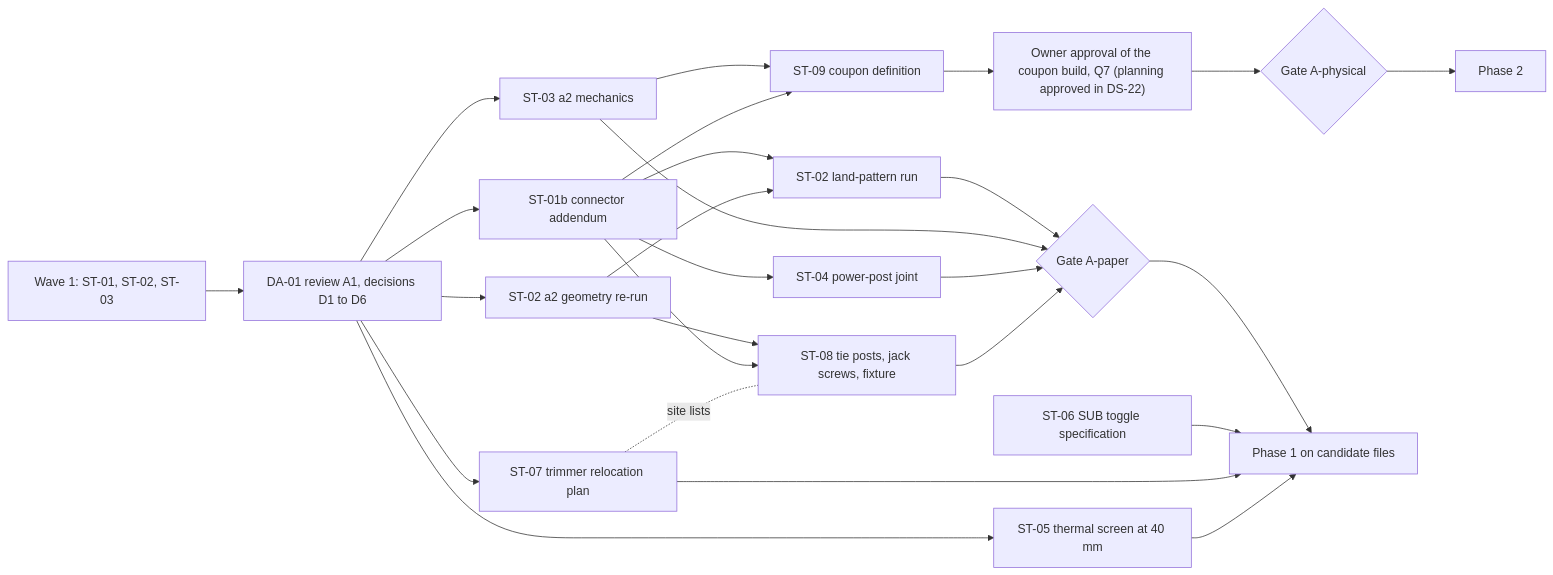
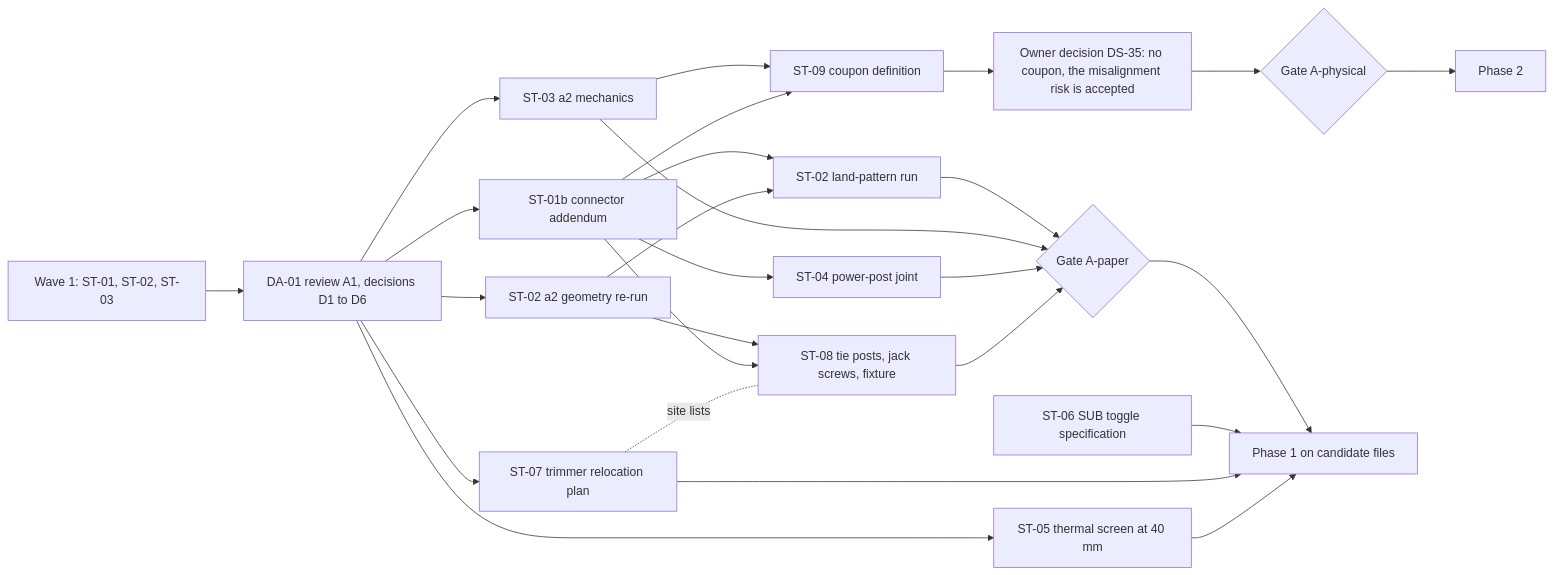
The diagram in circuit/orchestration/campaigns/osc-stack-20261114/plan.md (Takazudo/zudo-osc-hole-field), drawn with Mermaid before and after one commit. The commit also changed other lines of this file and 2 other files, not shown here.

First line of the commit message:
orchestration: record the owner's decisions on the test board and flex PCB, raise design review A3

````diff
--- a/circuit/orchestration/campaigns/osc-stack-20261114/plan.md
+++ b/circuit/orchestration/campaigns/osc-stack-20261114/plan.md
@@ -60,28 +60,28 @@
 ```mermaid
 flowchart LR
   W1["Wave 1: ST-01, ST-02, ST-03"] --> DA01["DA-01 review A1, decisions D1 to D6"]
   DA01 --> ST01b["ST-01b connector addendum"]
   DA01 --> ST02a2["ST-02 a2 geometry re-run"]
   DA01 --> ST03a2["ST-03 a2 mechanics"]
   DA01 --> ST05["ST-05 thermal screen at 40 mm"]
   DA01 --> ST07["ST-07 trimmer relocation plan"]
   ST01b --> ST04["ST-04 power-post joint"]
   ST01b --> ST02p["ST-02 land-pattern run"]
   ST02a2 --> ST02p
   ST02a2 --> ST08["ST-08 tie posts, jack screws, fixture"]
   ST01b --> ST08
   ST07 -. site lists .- ST08
   ST03a2 --> ST09["ST-09 coupon definition"]
   ST01b --> ST09
   ST02p --> GAP{"Gate A-paper"}
   ST03a2 --> GAP
   ST04 --> GAP
   ST08 --> GAP
-  ST09 --> OWN["Owner approval of the coupon build, Q7 (planning approved in DS-22)"]
+  ST09 --> OWN["Owner decision DS-35: no coupon, the misalignment risk is accepted"]
   OWN --> GAF{"Gate A-physical"}
   GAP --> P1["Phase 1 on candidate files"]
   ST06["ST-06 SUB toggle specification"] --> P1
   ST07 --> P1
   ST05 --> P1
   GAF --> P2["Phase 2"]
 ```
````
